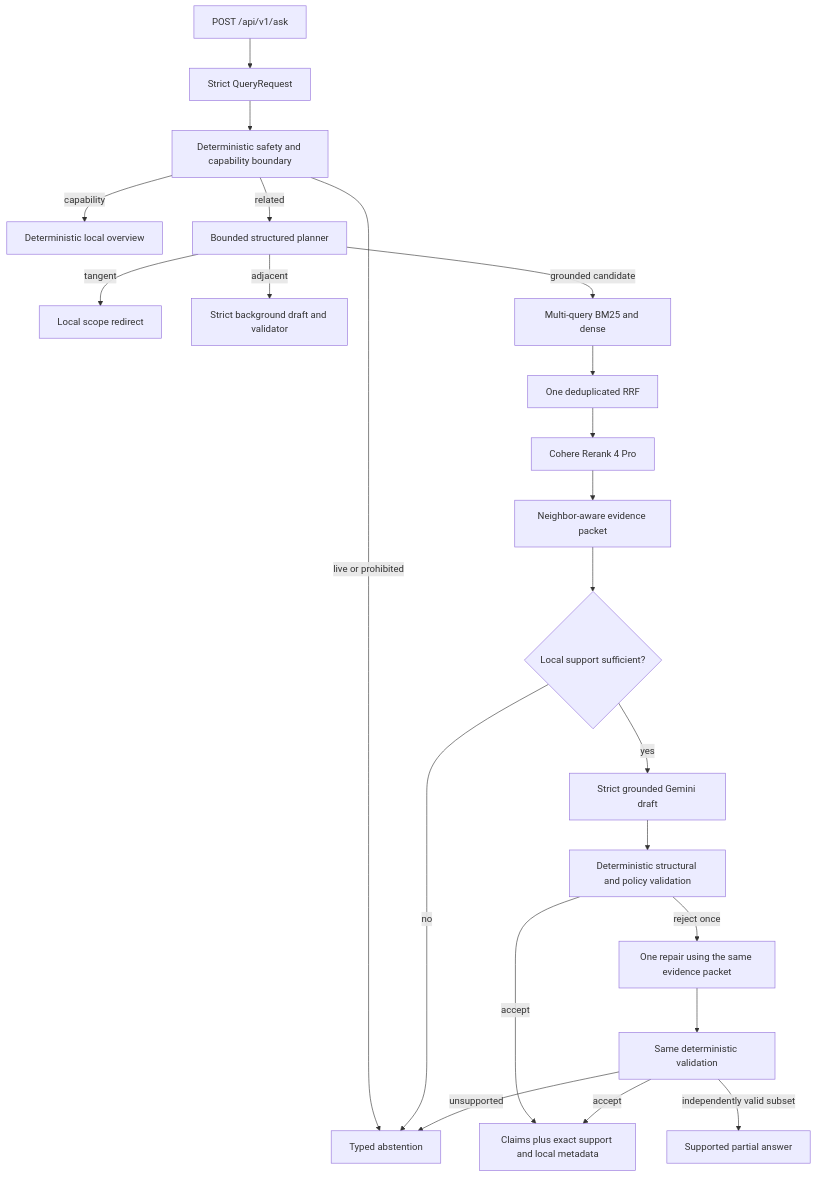
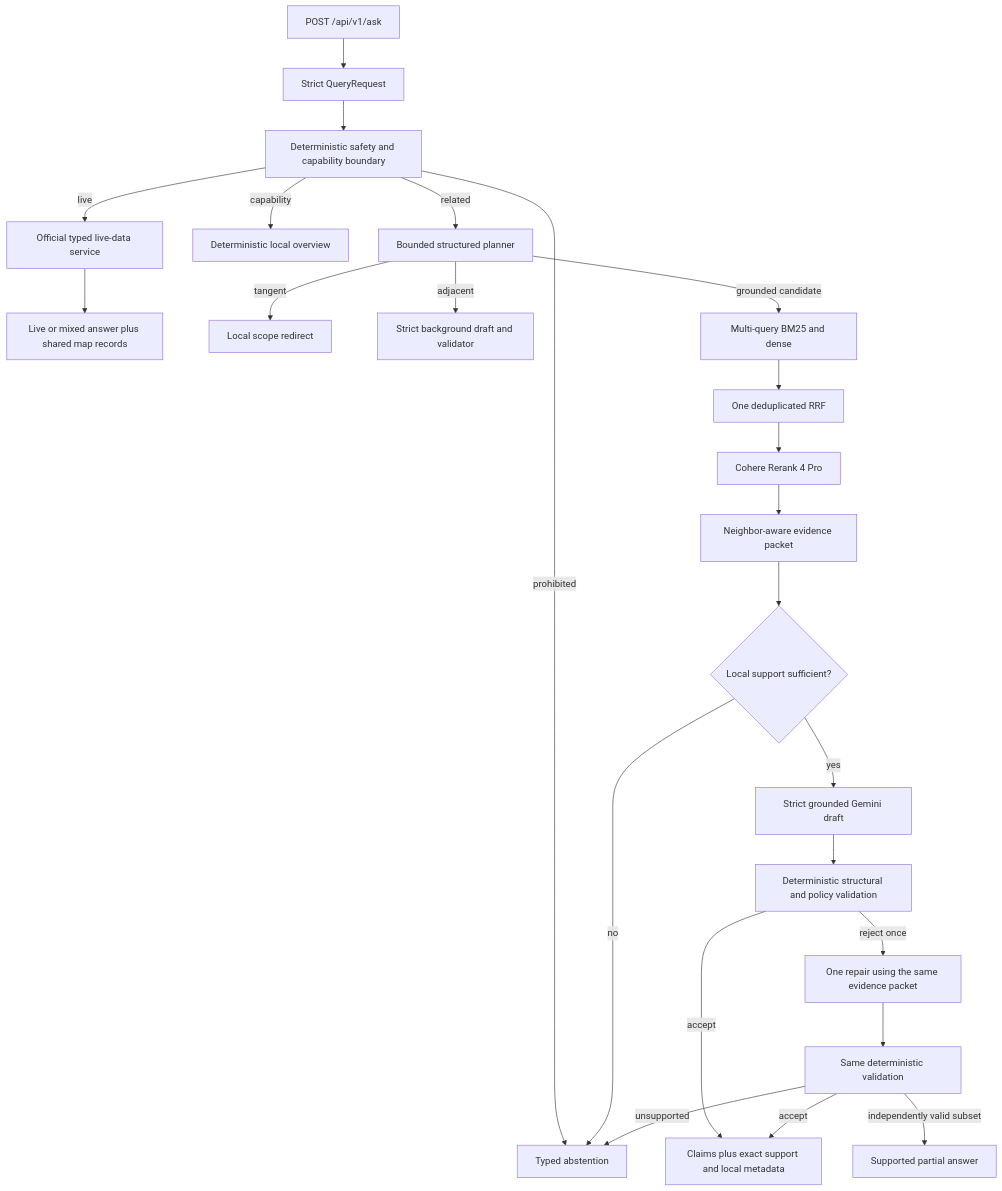
One commit to yusenrong46-afk/firelens-bc changed the diagram in docs/TECHNICAL_HANDBOOK.md. Above: the diagram before and after it, drawn with Mermaid. The commit also changed other lines of this file and 7 other files, not shown here.

````diff
--- a/docs/TECHNICAL_HANDBOOK.md
+++ b/docs/TECHNICAL_HANDBOOK.md
@@ -55,24 +56,26 @@
 ```mermaid
 flowchart TD
     HTTP["POST /api/v1/ask"] --> CONTRACT["Strict QueryRequest"]
     CONTRACT --> BOUNDARY["Deterministic safety and capability boundary"]
-    BOUNDARY -->|"live or prohibited"| ABSTAIN["Typed abstention"]
+    BOUNDARY -->|"prohibited"| ABSTAIN["Typed abstention"]
+    BOUNDARY -->|"live"| LIVE["Official typed live-data service"]
+    LIVE --> LIVEOUT["Live or mixed answer plus shared map records"]
     BOUNDARY -->|"capability"| LOCAL["Deterministic local overview"]
     BOUNDARY -->|"related"| PLAN["Bounded structured planner"]
     PLAN -->|"tangent"| REDIRECT["Local scope redirect"]
     PLAN -->|"adjacent"| BG["Strict background draft and validator"]
     PLAN -->|"grounded candidate"| RETRIEVE["Multi-query BM25 and dense"]
     RETRIEVE --> RRF["One deduplicated RRF"]
     RRF --> RERANK["Cohere Rerank 4 Pro"]
     RERANK --> PACKET["Neighbor-aware evidence packet"]
     PACKET --> SUPPORT{"Local support sufficient?"}
     SUPPORT -->|"no"| ABSTAIN
     SUPPORT -->|"yes"| DRAFT["Strict grounded Gemini draft"]
     DRAFT --> VALIDATE["Deterministic structural and policy validation"]
     VALIDATE -->|"accept"| RESPONSE["Claims plus exact support and local metadata"]
     VALIDATE -->|"reject once"| REPAIR["One repair using the same evidence packet"]
     REPAIR --> REVALIDATE["Same deterministic validation"]
     REVALIDATE -->|"accept"| RESPONSE
     REVALIDATE -->|"independently valid subset"| PARTIAL["Supported partial answer"]
     REVALIDATE -->|"unsupported"| ABSTAIN
 ```
````
